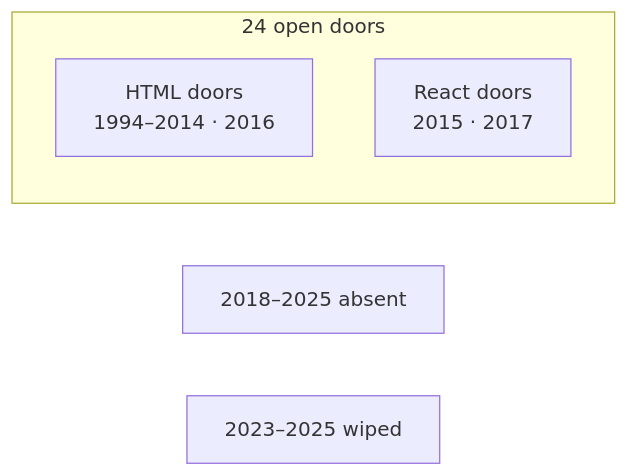
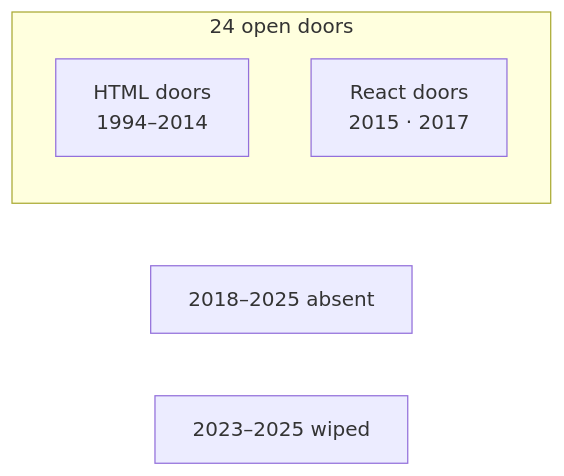
One commit to sourabhligade/internet-through-time changed the second of 5 diagrams in docs/FLOW-CHECK-DIAGRAM.md. Above: the diagram before and after it, drawn with Mermaid. The commit also changed other lines of this file and 120 other files, not shown here.

````diff
--- a/docs/FLOW-CHECK-DIAGRAM.md
+++ b/docs/FLOW-CHECK-DIAGRAM.md
@@ -46,9 +46,9 @@
 ```mermaid
 flowchart LR
  subgraph PLAY["24 open doors"]
- HTML["HTML doors<br/>1994–2014 · 2016"]
+ HTML["HTML doors<br/>1994–2014"]
  REACT["React doors<br/>2015 · 2017"]
  end
  ABSENT["2018–2025 absent"]
  WIPE["2023–2025 wiped"]
 ```
````
